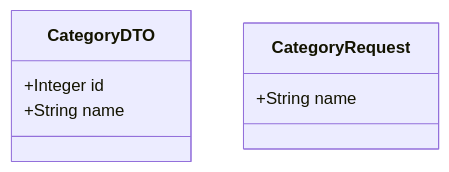
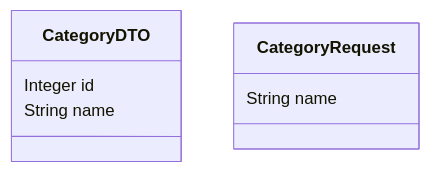
Before and after one commit to GruboKrojone/SneakFit: the second of 5 diagrams in Backend/README.md, drawn with Mermaid. The commit also changed other lines of this file, not shown here.

````diff
--- a/Backend/README.md
+++ b/Backend/README.md
@@ -804,10 +804,10 @@
 ```mermaid
 classDiagram
     class CategoryDTO {
-        +Integer id
-        +String name
+        Integer id
+        String name
     }
     class CategoryRequest {
-        +String name
+        String name
     }
 ```
````
